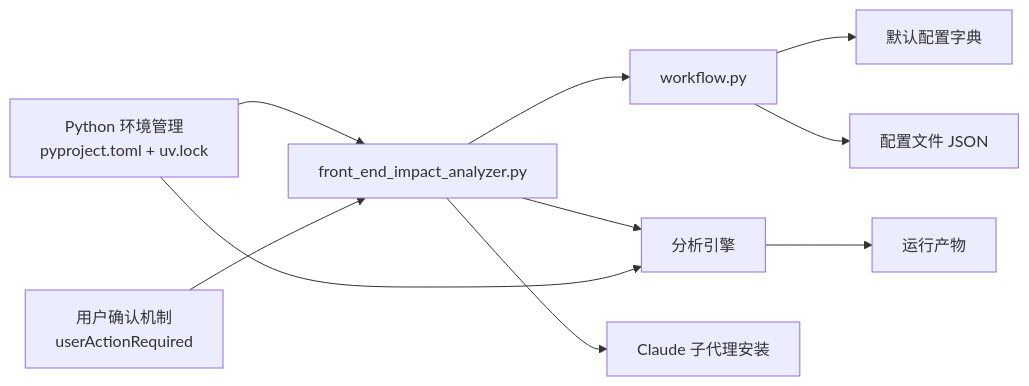
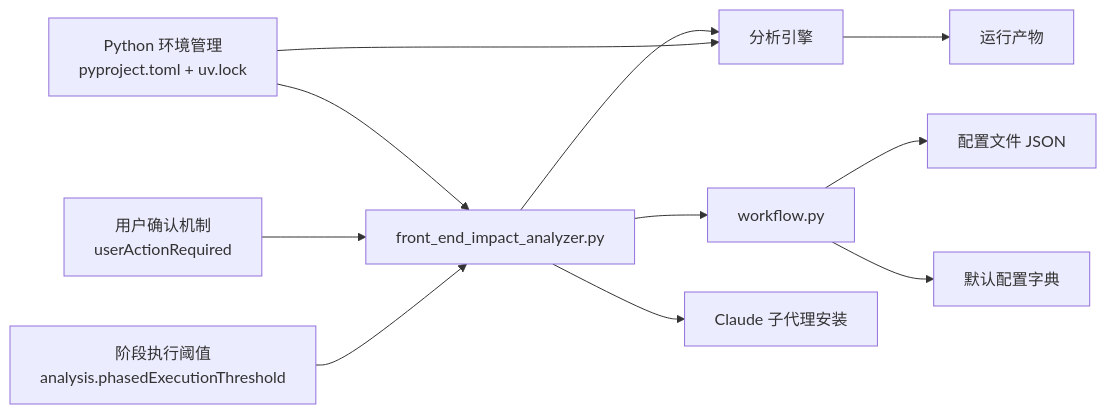
Before and after one commit to brand-new-remo/frontend-impact-analyzer: the third of 3 diagrams in .qoder/repowiki/zh/content/API参考/配置选项.md, drawn with Mermaid. The commit also changed other lines of this file and 8 other files, not shown here.

````diff
--- a/.qoder/repowiki/zh/content/API参考/配置选项.md
+++ b/.qoder/repowiki/zh/content/API参考/配置选项.md
@@ -272,12 +300,13 @@
 ```mermaid
 graph LR
 CLI["front_end_impact_analyzer.py"] --> WF["workflow.py"]
 WF --> CFG["默认配置字典"]
 WF --> FS["配置文件 JSON"]
 CLI --> ENG["分析引擎"]
 ENG --> ART["运行产物"]
 CLI --> AGI["Claude 子代理安装"]
 PY["Python 环境管理<br/>pyproject.toml + uv.lock"] --> CLI
 PY --> ENG
 UA["用户确认机制<br/>userActionRequired"] --> CLI
+PH["阶段执行阈值<br/>analysis.phasedExecutionThreshold"] --> CLI
 ```
````
